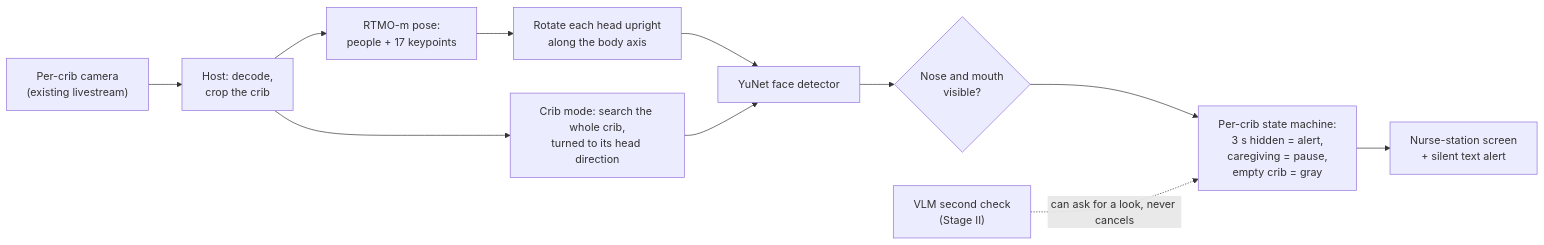
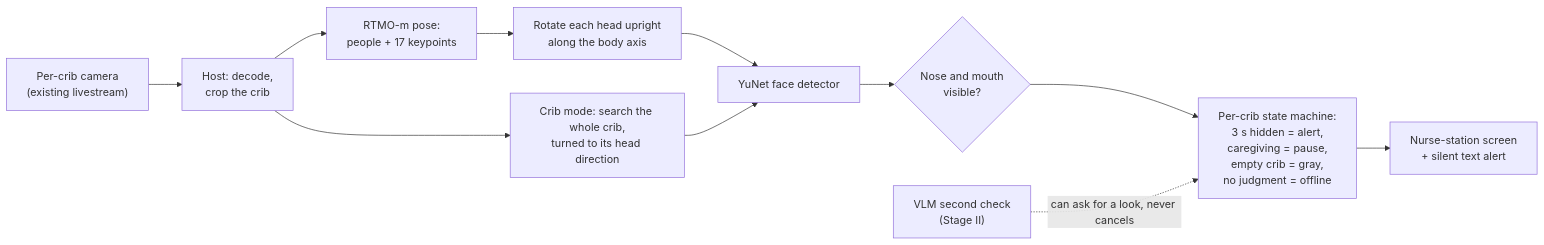
One commit to StudentInTW/Baby-Groot changed the diagram in README.md. Above: the diagram before and after it, drawn with Mermaid. The commit also changed other lines of this file and 4 other files, not shown here.

First line of the commit message:
Per-crib offline light; chip soak results

````diff
--- a/README.md
+++ b/README.md
@@ -29,13 +29,13 @@
 ```mermaid
 flowchart LR
   cam["Per-crib camera<br/>(existing livestream)"] --> host["Host: decode,<br/>crop the crib"]
   host --> pose["RTMO-m pose:<br/>people + 17 keypoints"]
   pose --> head["Rotate each head upright<br/>along the body axis"]
   head --> face["YuNet face detector"]
   host --> crib["Crib mode: search the whole crib,<br/>turned to its head direction"]
   crib --> face
   face --> vis{"Nose and mouth<br/>visible?"}
-  vis --> state["Per-crib state machine:<br/>3 s hidden = alert,<br/>caregiving = pause,<br/>empty crib = gray"]
+  vis --> state["Per-crib state machine:<br/>3 s hidden = alert,<br/>caregiving = pause,<br/>empty crib = gray,<br/>no judgment = offline"]
   state --> nurse["Nurse-station screen<br/>+ silent text alert"]
   vlm["VLM second check<br/>(Stage II)"] -.->|can ask for a look, never cancels| state
 ```
````
